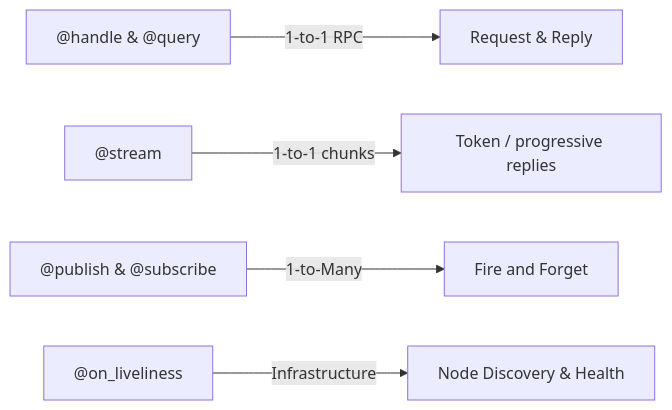
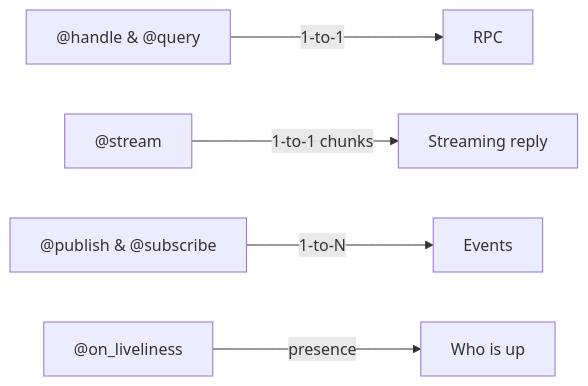
The diagram in docs/index.md (0x416d6972/Istos), drawn with Mermaid before and after one commit. The commit also changed other lines of this file and 21 other files, not shown here.

````diff
--- a/docs/index.md
+++ b/docs/index.md
@@ -30,7 +32,7 @@
 ```mermaid
 graph LR
-    A["@handle & @query"] -->|1-to-1 RPC| B["Request & Reply"]
-    S["@stream"] -->|1-to-1 chunks| T["Token / progressive replies"]
-    C["@publish & @subscribe"] -->|1-to-Many| D["Fire and Forget"]
-    E["@on_liveliness"] -->|Infrastructure| F["Node Discovery & Health"]
+    A["@handle & @query"] -->|1-to-1| B["RPC"]
+    S["@stream"] -->|1-to-1 chunks| T["Streaming reply"]
+    C["@publish & @subscribe"] -->|1-to-N| D["Events"]
+    E["@on_liveliness"] -->|presence| F["Who is up"]
 ```
````
